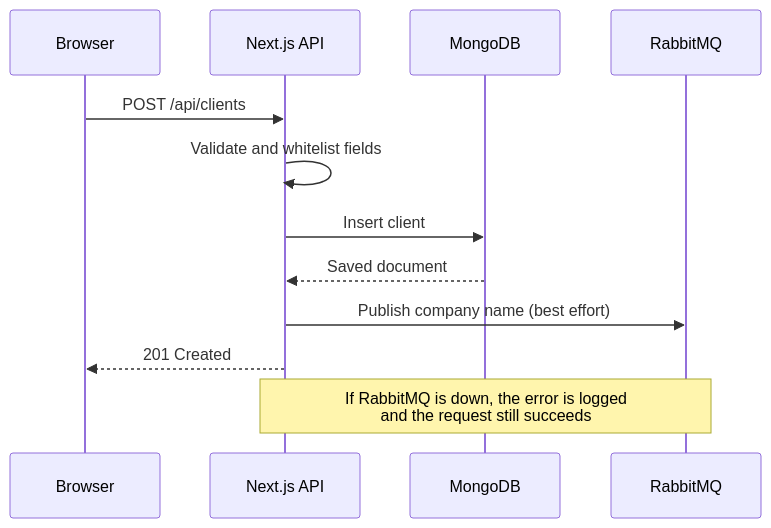
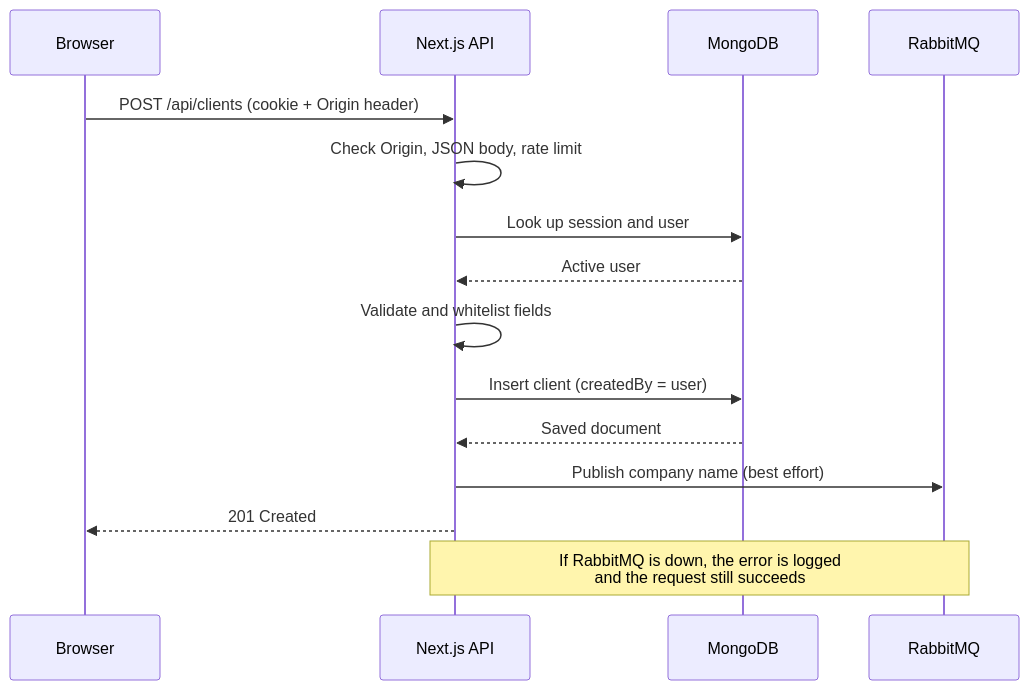
Before and after one commit to Gitt-Fred/final-code2: the second of 2 diagrams in README.md, drawn with Mermaid. The commit also changed other lines of this file and 1 other file, not shown here.

````diff
--- a/README.md
+++ b/README.md
@@ -59,15 +62,18 @@
 ```mermaid
 sequenceDiagram
     participant U as Browser
     participant A as Next.js API
     participant M as MongoDB
     participant R as RabbitMQ
 
-    U->>A: POST /api/clients
+    U->>A: POST /api/clients (cookie + Origin header)
+    A->>A: Check Origin, JSON body, rate limit
+    A->>M: Look up session and user
+    M-->>A: Active user
     A->>A: Validate and whitelist fields
-    A->>M: Insert client
+    A->>M: Insert client (createdBy = user)
     M-->>A: Saved document
     A->>R: Publish company name (best effort)
     A-->>U: 201 Created
     Note over A,R: If RabbitMQ is down, the error is logged<br/>and the request still succeeds
 ```
````
